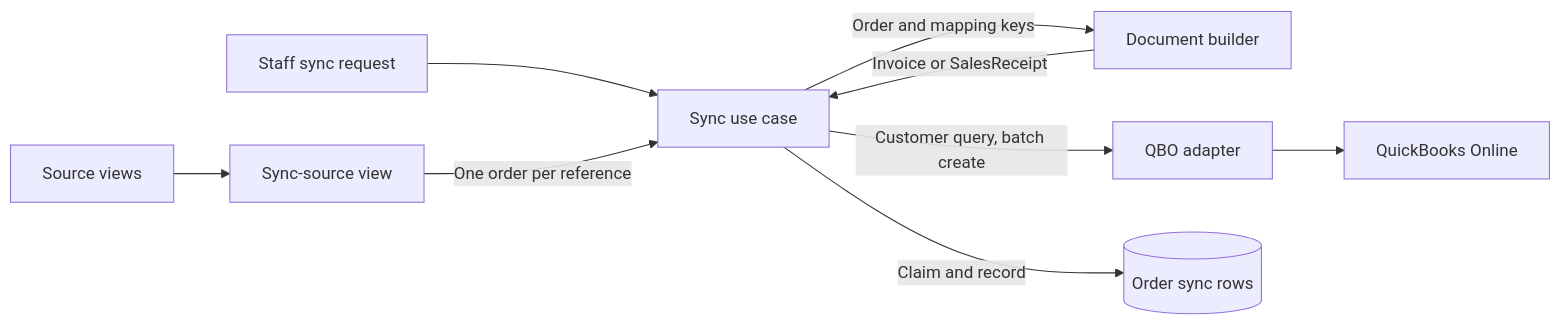
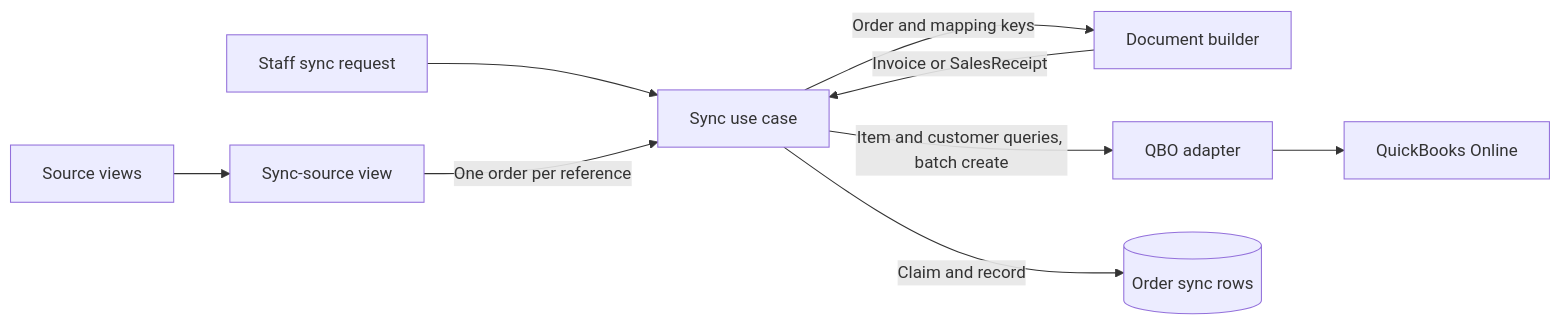
One commit to alzproducts/alz-core changed the first of 2 diagrams in docs/architecture/quickbooks-order-sync.md. Above: the diagram before and after it, drawn with Mermaid. The commit also changed other lines of this file and 63 other files, not shown here.

First line of the commit message:
feat(quickbooks): add adapter writes with batch creates and a shared rate limiter (#1159)

````diff
--- a/docs/architecture/quickbooks-order-sync.md
+++ b/docs/architecture/quickbooks-order-sync.md
@@ -14,11 +14,11 @@
 ```mermaid
 flowchart LR
     TRIG["Staff sync request"] --> UCASE["Sync use case"]
     SRC["Source views"] --> SSV["Sync-source view"]
     SSV -->|"One order per reference"| UCASE
     UCASE -->|"Order and mapping keys"| BUILD["Document builder"]
     BUILD -->|"Invoice or SalesReceipt"| UCASE
-    UCASE -->|"Customer query, batch create"| ADAPT["QBO adapter"]
+    UCASE -->|"Item and customer queries, batch create"| ADAPT["QBO adapter"]
     ADAPT --> QBO["QuickBooks Online"]
     UCASE -->|"Claim and record"| ROWS[("Order sync rows")]
 ```
````
